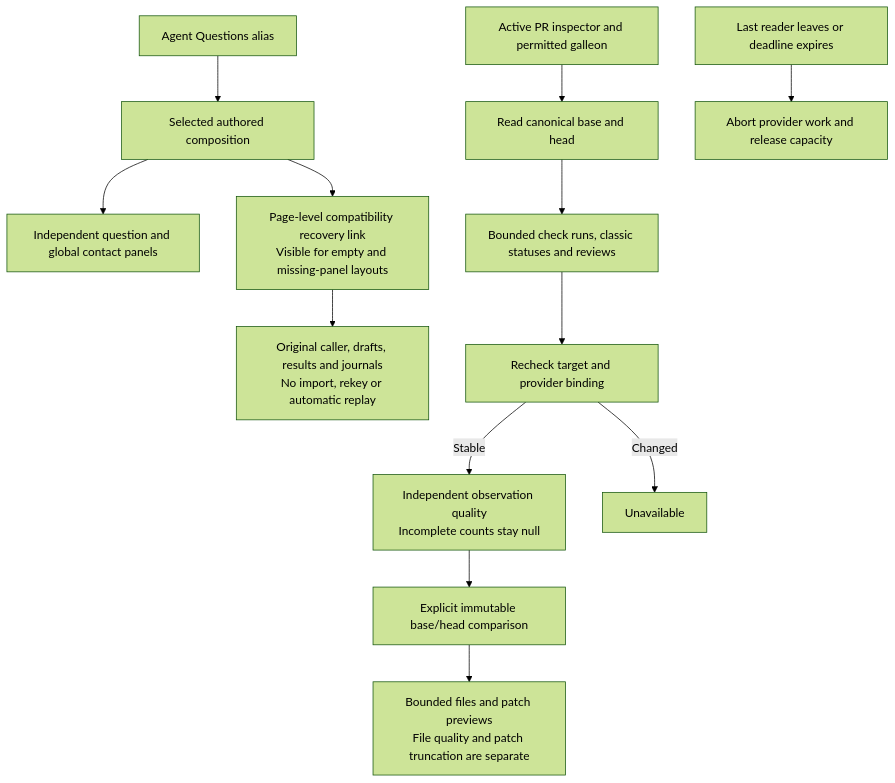
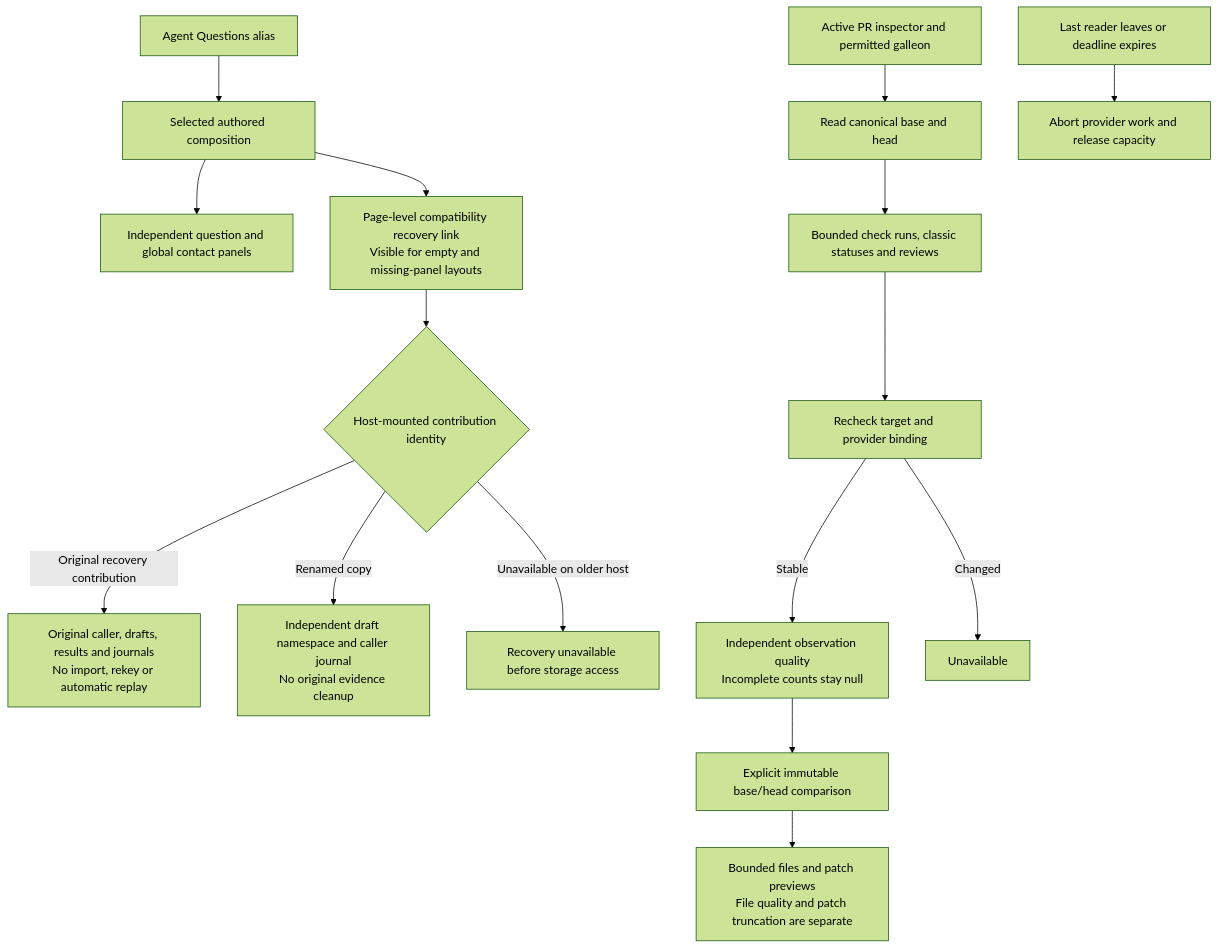
The fifth of 9 diagrams in docs/helmsman-process.md (nloehlein-godaddy/helmsman), drawn with Mermaid (forest theme) before and after one commit. The commit also changed 37 other files, not shown here.

````diff
--- a/docs/helmsman-process.md
+++ b/docs/helmsman-process.md
@@ -140,15 +140,18 @@
 ```mermaid
 flowchart TD
     Alias[Agent Questions alias] --> Selected[Selected authored composition]
     Selected --> Panels[Independent question and global contact panels]
     Selected --> Recovery[Page-level compatibility recovery link<br/>Visible for empty and missing-panel layouts]
-    Recovery --> Original[Original caller, drafts, results and journals<br/>No import, rekey or automatic replay]
+    Recovery --> Identity{Host-mounted contribution identity}
+    Identity -->|Original recovery contribution| Original[Original caller, drafts, results and journals<br/>No import, rekey or automatic replay]
+    Identity -->|Renamed copy| Separate[Independent draft namespace and caller journal<br/>No original evidence cleanup]
+    Identity -->|Unavailable on older host| Closed[Recovery unavailable before storage access]
     Scope[Active PR inspector and permitted galleon] --> Target[Read canonical base and head]
     Target --> Signals[Bounded check runs, classic statuses and reviews]
     Signals --> Recheck[Recheck target and provider binding]
     Recheck -->|Stable| Detail[Independent observation quality<br/>Incomplete counts stay null]
     Recheck -->|Changed| Unavailable[Unavailable]
     Detail --> Diff[Explicit immutable base/head comparison]
     Diff --> Preview[Bounded files and patch previews<br/>File quality and patch truncation are separate]
     Last[Last reader leaves or deadline expires] --> Cancel[Abort provider work and release capacity]
 ```
````
